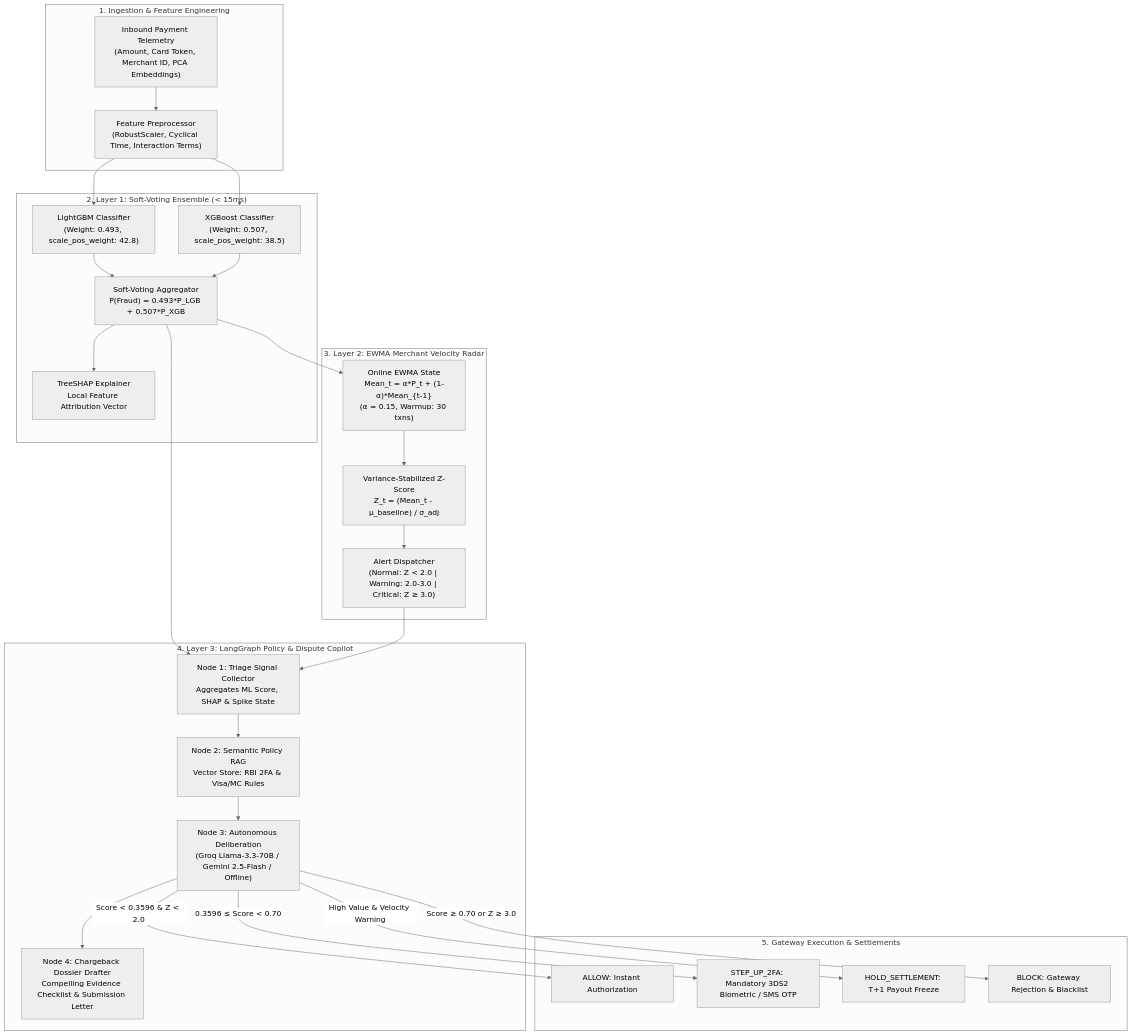
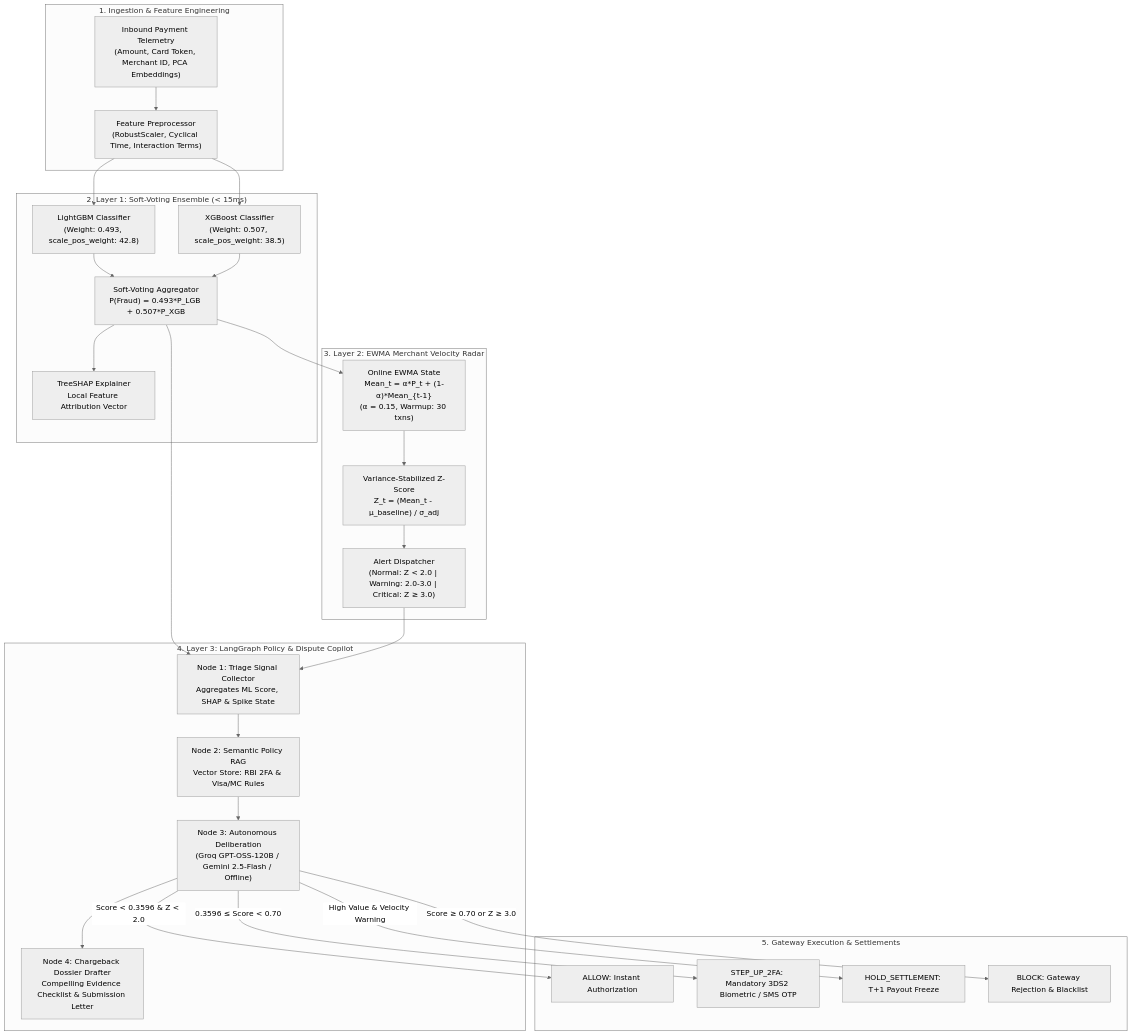
The first of 2 diagrams in README.md (Kishan8548/shieldex), drawn with Mermaid (neutral theme) before and after one commit. The commit also changed other lines of this file and 2 other files, not shown here.

Commit message:
feat(agents): update Groq integration to openai/gpt-oss-120b and Gemini to gemini-2.5-flash

````diff
--- a/README.md
+++ b/README.md
@@ -32,56 +32,56 @@
 ```mermaid
 flowchart TD
     subgraph Ingestion["1. Ingestion & Feature Engineering"]
         TXN["Inbound Payment Telemetry<br/>(Amount, Card Token, Merchant ID, PCA Embeddings)"]
         ENG["Feature Preprocessor<br/>(RobustScaler, Cyclical Time, Interaction Terms)"]
         TXN --> ENG
     end
 
     subgraph Layer1["2. Layer 1: Soft-Voting Ensemble (< 15ms)"]
         LGB["LightGBM Classifier<br/>(Weight: 0.493, scale_pos_weight: 42.8)"]
         XGB["XGBoost Classifier<br/>(Weight: 0.507, scale_pos_weight: 38.5)"]
         ENS["Soft-Voting Aggregator<br/>P(Fraud) = 0.493*P_LGB + 0.507*P_XGB"]
         SHAP["TreeSHAP Explainer<br/>Local Feature Attribution Vector"]
         
         ENG --> LGB
         ENG --> XGB
         LGB --> ENS
         XGB --> ENS
         ENS --> SHAP
     end
 
     subgraph Layer2["3. Layer 2: EWMA Merchant Velocity Radar"]
         EWMA["Online EWMA State<br/>Mean_t = α*P_t + (1-α)*Mean_{t-1}<br/>(α = 0.15, Warmup: 30 txns)"]
         ZSCORE["Variance-Stabilized Z-Score<br/>Z_t = (Mean_t - μ_baseline) / σ_adj"]
         ALERT["Alert Dispatcher<br/>(Normal: Z < 2.0 | Warning: 2.0-3.0 | Critical: Z ≥ 3.0)"]
         
         ENS --> EWMA
         EWMA --> ZSCORE
         ZSCORE --> ALERT
     end
 
     subgraph Layer3["4. Layer 3: LangGraph Policy & Dispute Copilot"]
         TRIAGE["Node 1: Triage Signal Collector<br/>Aggregates ML Score, SHAP & Spike State"]
         RAG["Node 2: Semantic Policy RAG<br/>Vector Store: RBI 2FA & Visa/MC Rules"]
-        DELIB["Node 3: Autonomous Deliberation<br/>(Groq Llama-3.3-70B / Gemini 2.5-Flash / Offline)"]
+        DELIB["Node 3: Autonomous Deliberation<br/>(Groq GPT-OSS-120B / Gemini 2.5-Flash / Offline)"]
         DOSSIER["Node 4: Chargeback Dossier Drafter<br/>Compelling Evidence Checklist & Submission Letter"]
 
         ENS --> TRIAGE
         ALERT --> TRIAGE
         TRIAGE --> RAG
         RAG --> DELIB
         DELIB --> DOSSIER
     end
 
     subgraph Actions["5. Gateway Execution & Settlements"]
         ALLOW["ALLOW: Instant Authorization"]
         STEP2FA["STEP_UP_2FA: Mandatory 3DS2 Biometric / SMS OTP"]
         HOLD["HOLD_SETTLEMENT: T+1 Payout Freeze"]
         BLOCK["BLOCK: Gateway Rejection & Blacklist"]
 
         DELIB -->|Score < 0.3596 & Z < 2.0| ALLOW
         DELIB -->|0.3596 ≤ Score < 0.70| STEP2FA
         DELIB -->|High Value & Velocity Warning| HOLD
         DELIB -->|Score ≥ 0.70 or Z ≥ 3.0| BLOCK
     end
 ```
````
